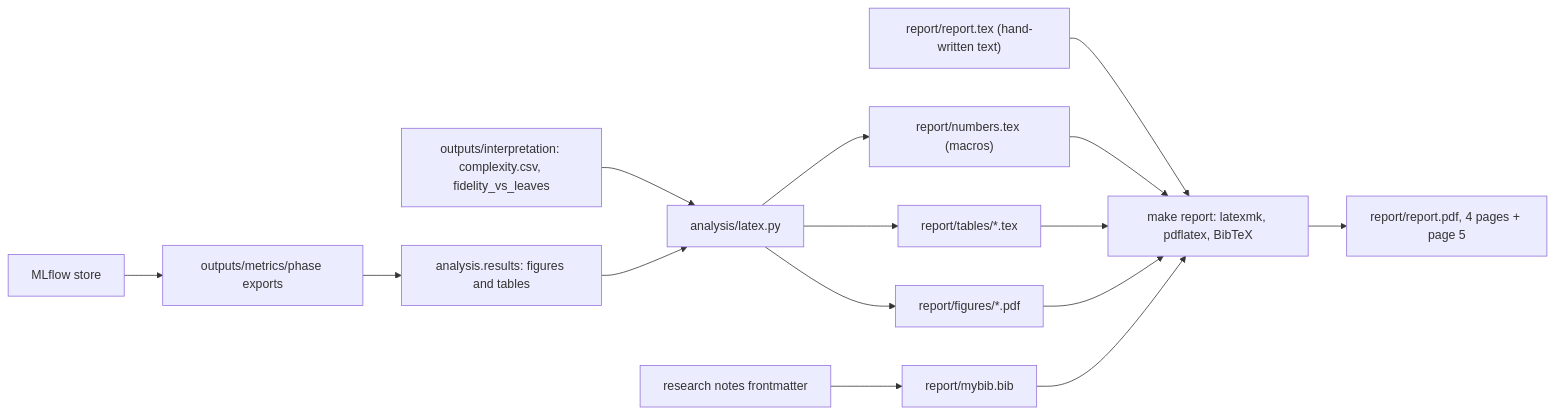
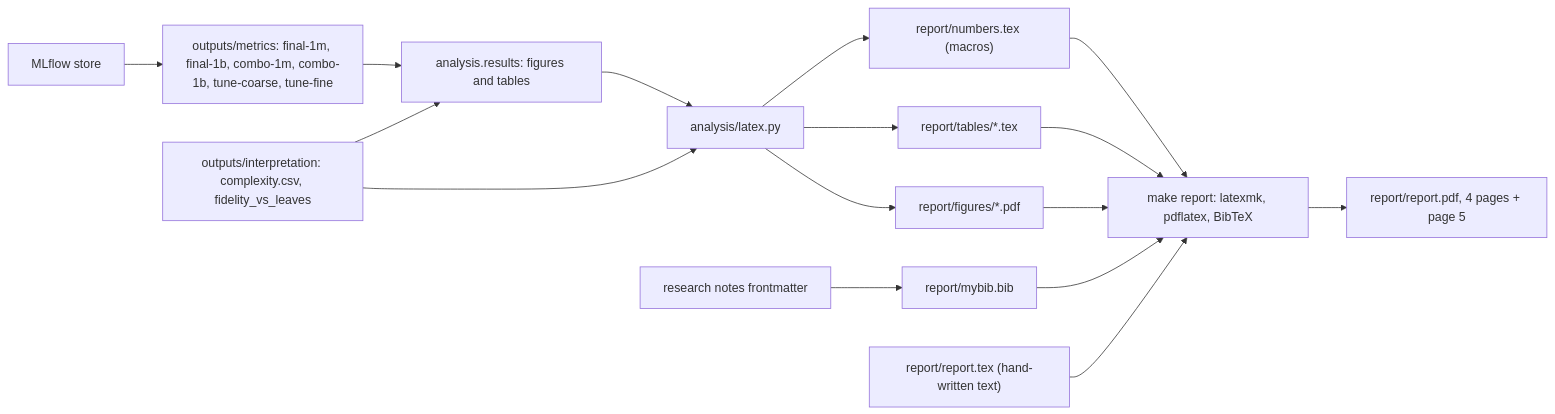
Before and after one commit to Pawlo77/rl-craftmax: the diagram in plans/2026-10-20-craftax-project/2026-10-20-craftax-report.md, drawn with Mermaid. The commit also changed other lines of this file and 27 other files, not shown here.

````diff
--- a/plans/2026-10-20-craftax-project/2026-10-20-craftax-report.md
+++ b/plans/2026-10-20-craftax-project/2026-10-20-craftax-report.md
@@ -25,17 +25,18 @@
 ```mermaid
 flowchart LR
-  ML["MLflow store"] --> EX["outputs/metrics/phase exports"]
+  ML["MLflow store"] --> EX["outputs/metrics: final-1m, final-1b, combo-1m, combo-1b, tune-coarse, tune-fine"]
   EX --> RS["analysis.results: figures and tables"]
-  INT["outputs/interpretation: complexity.csv, fidelity_vs_leaves"] --> LX
+  INT["outputs/interpretation: complexity.csv, fidelity_vs_leaves"] --> RS
+  INT --> LX
   RS --> LX["analysis/latex.py"]
   LX --> NU["report/numbers.tex (macros)"]
   LX --> TB["report/tables/*.tex"]
   LX --> FG["report/figures/*.pdf"]
   NOTES["research notes frontmatter"] --> BIB["report/mybib.bib"]
   TXT["report/report.tex (hand-written text)"] --> LM["make report: latexmk, pdflatex, BibTeX"]
   NU --> LM
   TB --> LM
   FG --> LM
   BIB --> LM
   LM --> PDF["report/report.pdf, 4 pages + page 5"]
 ```
````
